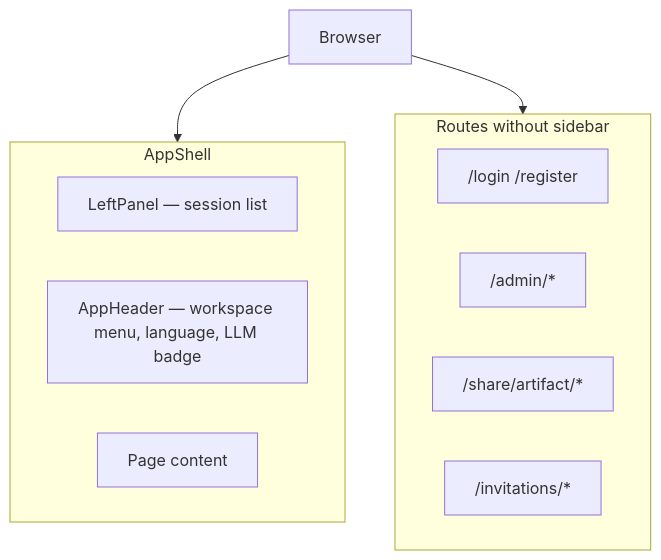
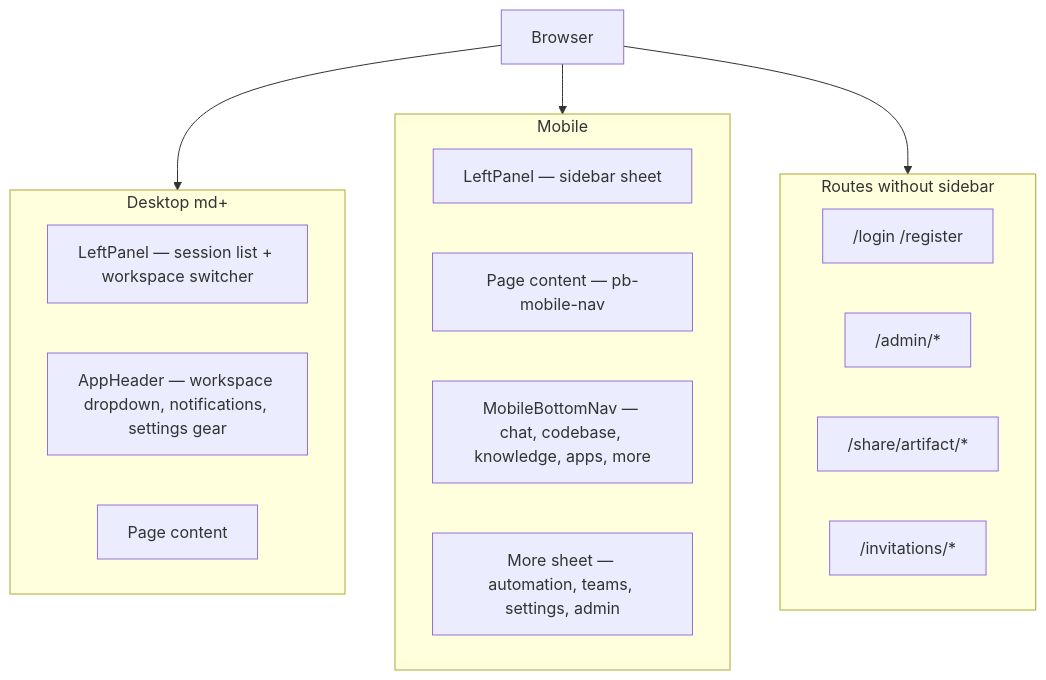
The first of 4 diagrams in docs/architecture/frontend-ui.md (OceaLong/opencitadel), drawn with Mermaid before and after one commit. The commit also changed other lines of this file and 137 other files, not shown here.

````diff
--- a/docs/architecture/frontend-ui.md
+++ b/docs/architecture/frontend-ui.md
@@ -9,16 +9,23 @@
 ```mermaid
 flowchart TB
-  subgraph shell ["AppShell"]
-    LP["LeftPanel — session list"]
-    HDR["AppHeader — workspace menu, language, LLM badge"]
+  subgraph desktop ["Desktop md+"]
+    LP["LeftPanel — session list + workspace switcher"]
+    HDR["AppHeader — workspace dropdown, notifications, settings gear"]
     MAIN["Page content"]
+  end
+  subgraph mobile ["Mobile"]
+    LPm["LeftPanel — sidebar sheet"]
+    MAINm["Page content — pb-mobile-nav"]
+    NAV["MobileBottomNav — chat, codebase, knowledge, apps, more"]
+    MORE["More sheet — automation, teams, settings, admin"]
   end
   subgraph noShell ["Routes without sidebar"]
     AUTH["/login /register"]
     ADMIN["/admin/*"]
     SHARE["/share/artifact/*"]
     INV["/invitations/*"]
   end
-  User["Browser"] --> shell
+  User["Browser"] --> desktop
+  User --> mobile
   User --> noShell
 ```
````
